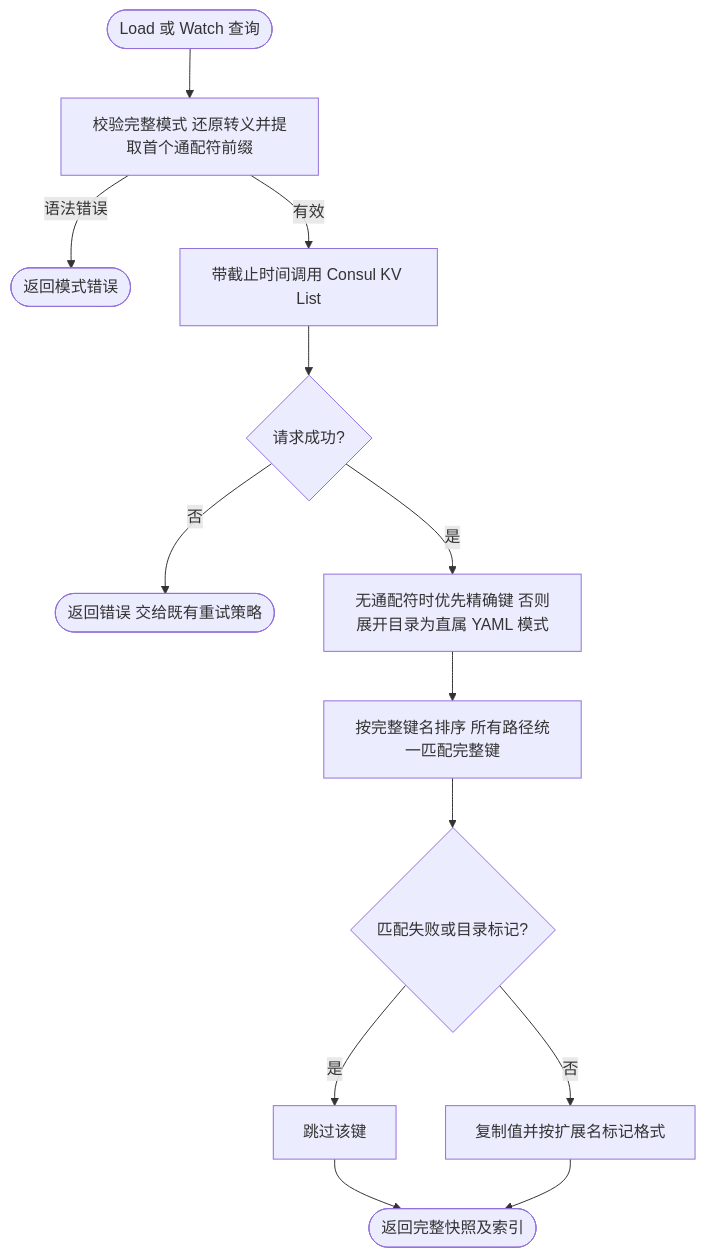
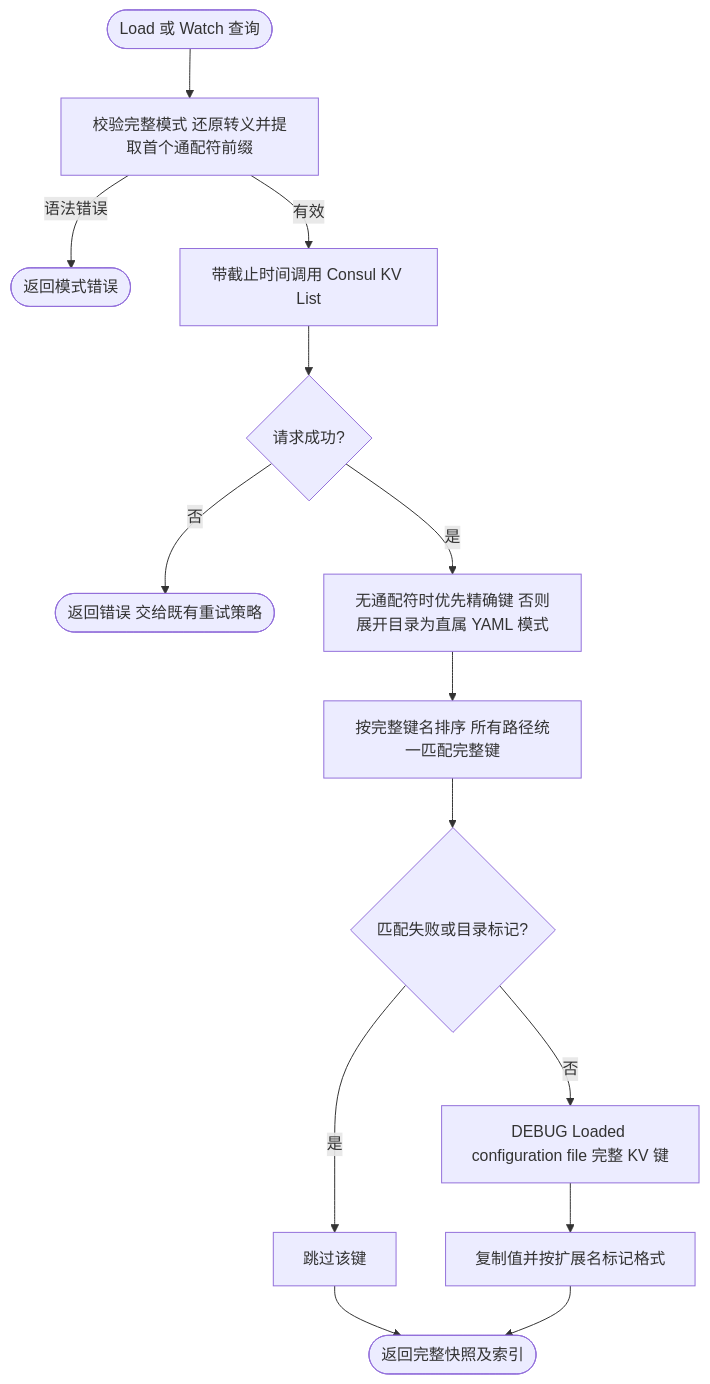
One commit to jaggerzhuang1994/kratos-foundation changed the second of 2 diagrams in contrib/config/consul/README.md. Above: the diagram before and after it, drawn with Mermaid. The commit also changed other lines of this file and 19 other files, not shown here.

````diff
--- a/contrib/config/consul/README.md
+++ b/contrib/config/consul/README.md
@@ -95,15 +97,16 @@
 ```mermaid
 flowchart TD
     A([Load 或 Watch 查询]) --> P[校验完整模式 还原转义并提取首个通配符前缀]
     P -- 语法错误 --> D0([返回模式错误])
     P -- 有效 --> B[带截止时间调用 Consul KV List]
     B --> C{请求成功?}
     C -- 否 --> D([返回错误 交给既有重试策略])
     C -- 是 --> R[无通配符时优先精确键 否则展开目录为直属 YAML 模式]
     R --> E[按完整键名排序 所有路径统一匹配完整键]
     E --> D2{匹配失败或目录标记?}
     D2 -- 是 --> S[跳过该键]
-    D2 -- 否 --> F[复制值并按扩展名标记格式]
+    D2 -- 否 --> DL[DEBUG Loaded configuration file 完整 KV 键]
+    DL --> F[复制值并按扩展名标记格式]
     S --> G
     F --> G([返回完整快照及索引])
 ```
````
